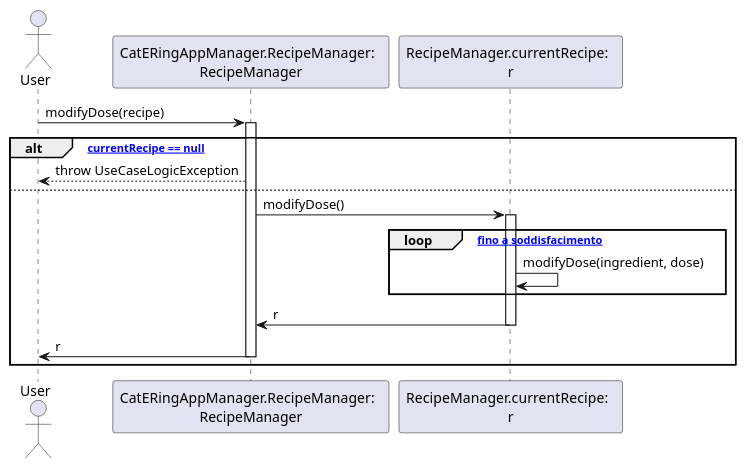
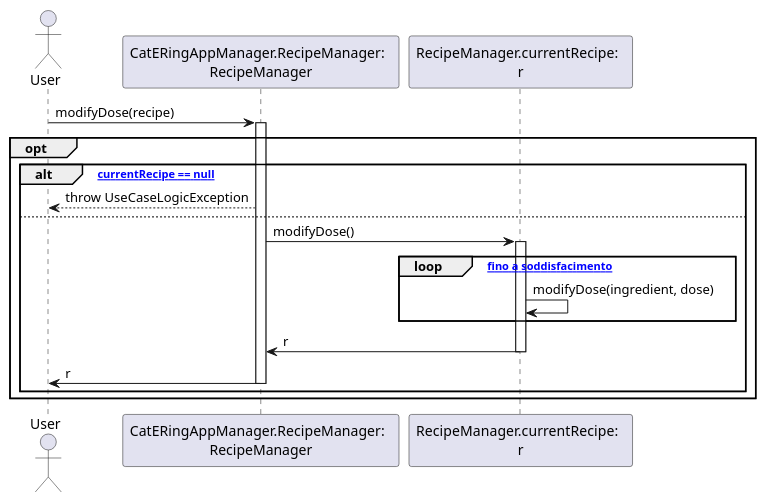
One commit to m0canu1/sas changed the diagram in dsd/dsd-ricette/3b-modifyDose.md. Above: the diagram before and after it, drawn with PlantUML. The commit also changed 1 other file, not shown here.

````diff
--- a/dsd/dsd-ricette/3b-modifyDose.md
+++ b/dsd/dsd-ricette/3b-modifyDose.md
@@ -1,22 +1,23 @@
 ```plantuml
 Actor User
-Participant "CatERingAppManager.RecipeManager:  \nRecipeManager"
-Participant "RecipeManager.currentRecipe:  \nr"
+Participant "CatERingAppManager.RecipeManager:  \nRecipeManager" as RM
+Participant "RecipeManager.currentRecipe:  \nr" as CR
 
-User -> "CatERingAppManager.RecipeManager:  \nRecipeManager": modifyDose(recipe)
-Activate "CatERingAppManager.RecipeManager:  \nRecipeManager"
-
-alt ["currentRecipe == null"]
-	"CatERingAppManager.RecipeManager:  \nRecipeManager" --> User: throw UseCaseLogicException
-else 
-	"CatERingAppManager.RecipeManager:  \nRecipeManager" -> "RecipeManager.currentRecipe:  \nr": modifyDose()
-	Activate "RecipeManager.currentRecipe:  \nr"
-	loop ["fino a soddisfacimento"]
-		"RecipeManager.currentRecipe:  \nr" -> "RecipeManager.currentRecipe:  \nr": modifyDose(ingredient, dose)
+User -> RM: modifyDose(recipe)
+Activate RM
+opt
+	alt ["currentRecipe == null"]
+		RM --> User: throw UseCaseLogicException
+	else 
+		RM -> CR: modifyDose()
+		Activate CR
+		loop ["fino a soddisfacimento"]
+			CR -> CR: modifyDose(ingredient, dose)
+		end
+		CR -> RM: r
+		Deactivate CR
+		RM -> User: r
+		Deactivate RM
 	end
-	"RecipeManager.currentRecipe:  \nr" -> "CatERingAppManager.RecipeManager:  \nRecipeManager": r
-	Deactivate "RecipeManager.currentRecipe:  \nr"
-	"CatERingAppManager.RecipeManager:  \nRecipeManager" -> User: r
-	Deactivate "CatERingAppManager.RecipeManager:  \nRecipeManager"
 end
 ```
````
